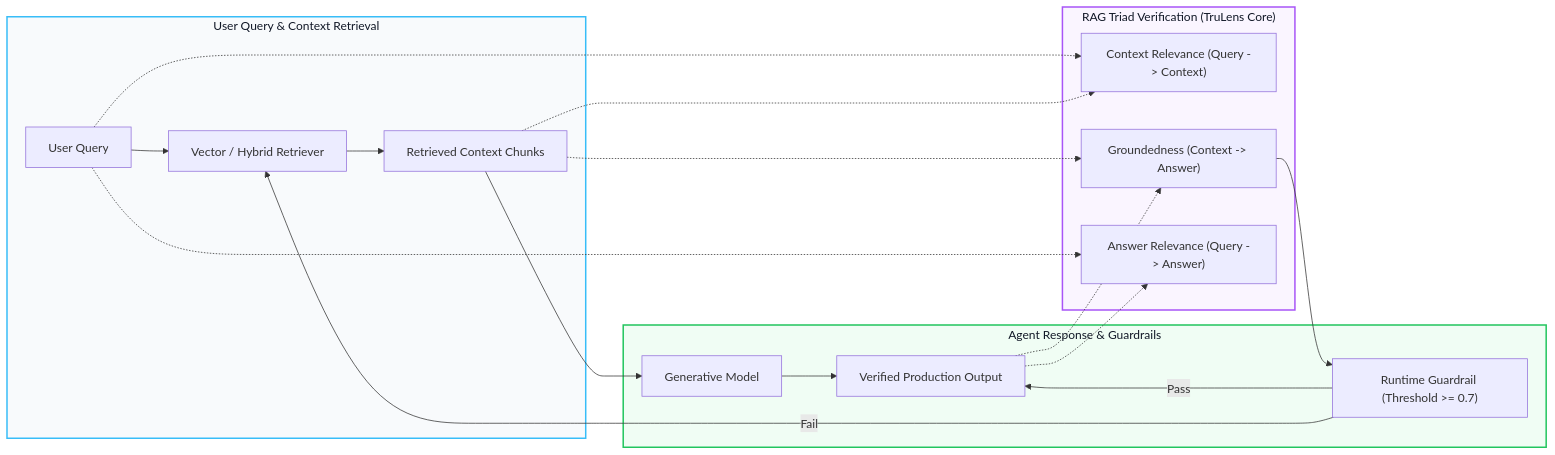
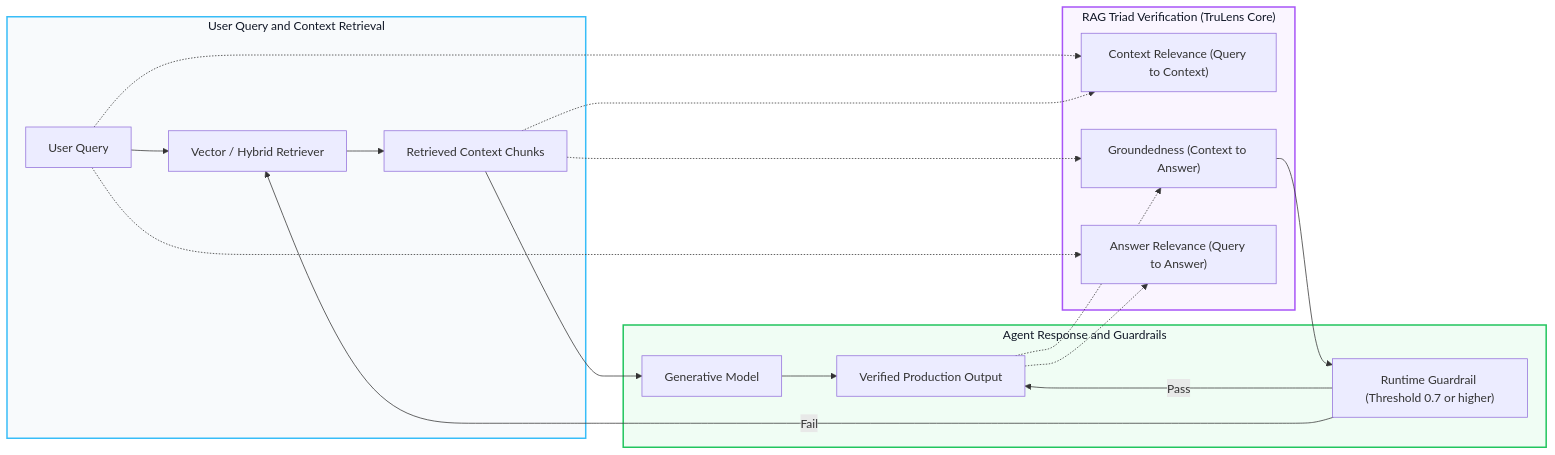
The diagram in _posts/2026-11-17-trulens-rag-triad-evaluation.md (akillness/akillness.github.io), drawn with Mermaid before and after one commit. The commit also changed 3 other files, not shown here.

Commit message:
fix(blog): ensure clean, robust Mermaid syntax across all recent posts

````diff
--- a/_posts/2026-11-17-trulens-rag-triad-evaluation.md
+++ b/_posts/2026-11-17-trulens-rag-triad-evaluation.md
@@ -28,42 +28,42 @@
 ```mermaid
 %%{init: {"flowchart": {"useMaxWidth": false}}}%%
 flowchart LR
-    subgraph Inputs ["User Query & Context Retrieval"]
+    subgraph Inputs ["User Query and Context Retrieval"]
         Query["User Query"]
         Retriever["Vector / Hybrid Retriever"]
         Context["Retrieved Context Chunks"]
     end
 
     subgraph Evaluation ["RAG Triad Verification (TruLens Core)"]
-        CR["Context Relevance (Query -> Context)"]
-        Groundedness["Groundedness (Context -> Answer)"]
-        AR["Answer Relevance (Query -> Answer)"]
+        CR["Context Relevance (Query to Context)"]
+        Groundedness["Groundedness (Context to Answer)"]
+        AR["Answer Relevance (Query to Answer)"]
     end
 
-    subgraph Output ["Agent Response & Guardrails"]
+    subgraph Output ["Agent Response and Guardrails"]
         LLM["Generative Model"]
-        Guardrail["Runtime Guardrail (Threshold >= 0.7)"]
+        Guardrail["Runtime Guardrail (Threshold 0.7 or higher)"]
         FinalAnswer["Verified Production Output"]
     end
 
     Query --> Retriever
     Retriever --> Context
     Query -.-> CR
     Context -.-> CR
 
     Context --> LLM
     LLM --> FinalAnswer
     Context -.-> Groundedness
     FinalAnswer -.-> Groundedness
 
     Query -.-> AR
     FinalAnswer -.-> AR
 
     Groundedness --> Guardrail
     Guardrail -->|Pass| FinalAnswer
     Guardrail -->|Fail| Retriever
 
     style Inputs fill:#f8fafc,stroke:#38bdf8,stroke-width:2px,color:#111827
     style Evaluation fill:#faf5ff,stroke:#a855f7,stroke-width:2px,color:#111827
     style Output fill:#f0fdf4,stroke:#22c55e,stroke-width:2px,color:#111827
 ```
````
